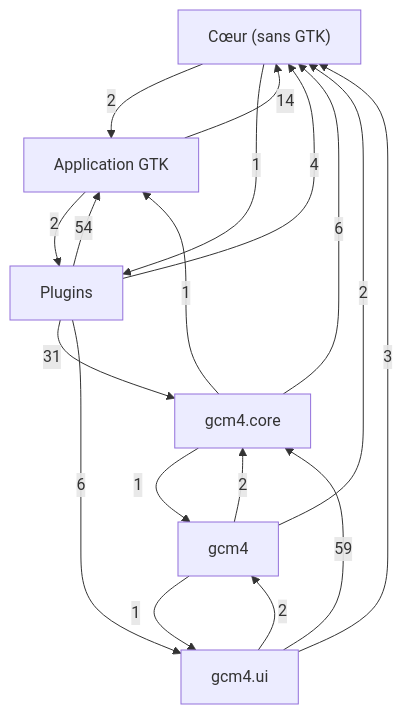
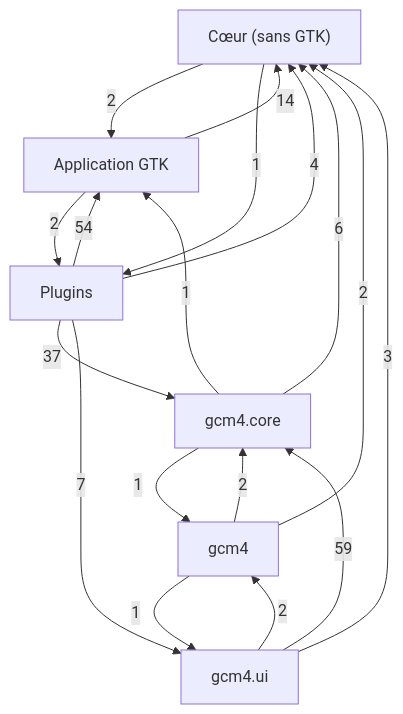
Before and after one commit to Mathilde-Team/Gcm4: the first of 7 diagrams in docs/class-diagram.md, drawn with Mermaid. The commit also changed other lines of this file and 31 other files, not shown here.

Commit message:
feat(#105): plugin rdp sur AsyncRdp — catalogues i18n, diagramme et format

````diff
--- a/docs/class-diagram.md
+++ b/docs/class-diagram.md
@@ -21,26 +21,26 @@
 ```mermaid
 flowchart TD
     g0["Cœur (sans GTK)"]
     g1["Application GTK"]
     g2["Plugins"]
     g3["gcm4"]
     g4["gcm4.core"]
     g5["gcm4.ui"]
     g1 -->|14| g0
     g1 -->|2| g2
     g0 -->|2| g1
     g0 -->|1| g2
     g2 -->|54| g1
     g2 -->|4| g0
-    g2 -->|31| g4
-    g2 -->|6| g5
+    g2 -->|37| g4
+    g2 -->|7| g5
     g3 -->|2| g0
     g3 -->|2| g4
     g3 -->|1| g5
     g4 -->|1| g1
     g4 -->|6| g0
     g4 -->|1| g3
     g5 -->|3| g0
     g5 -->|2| g3
     g5 -->|59| g4
 ```
````
